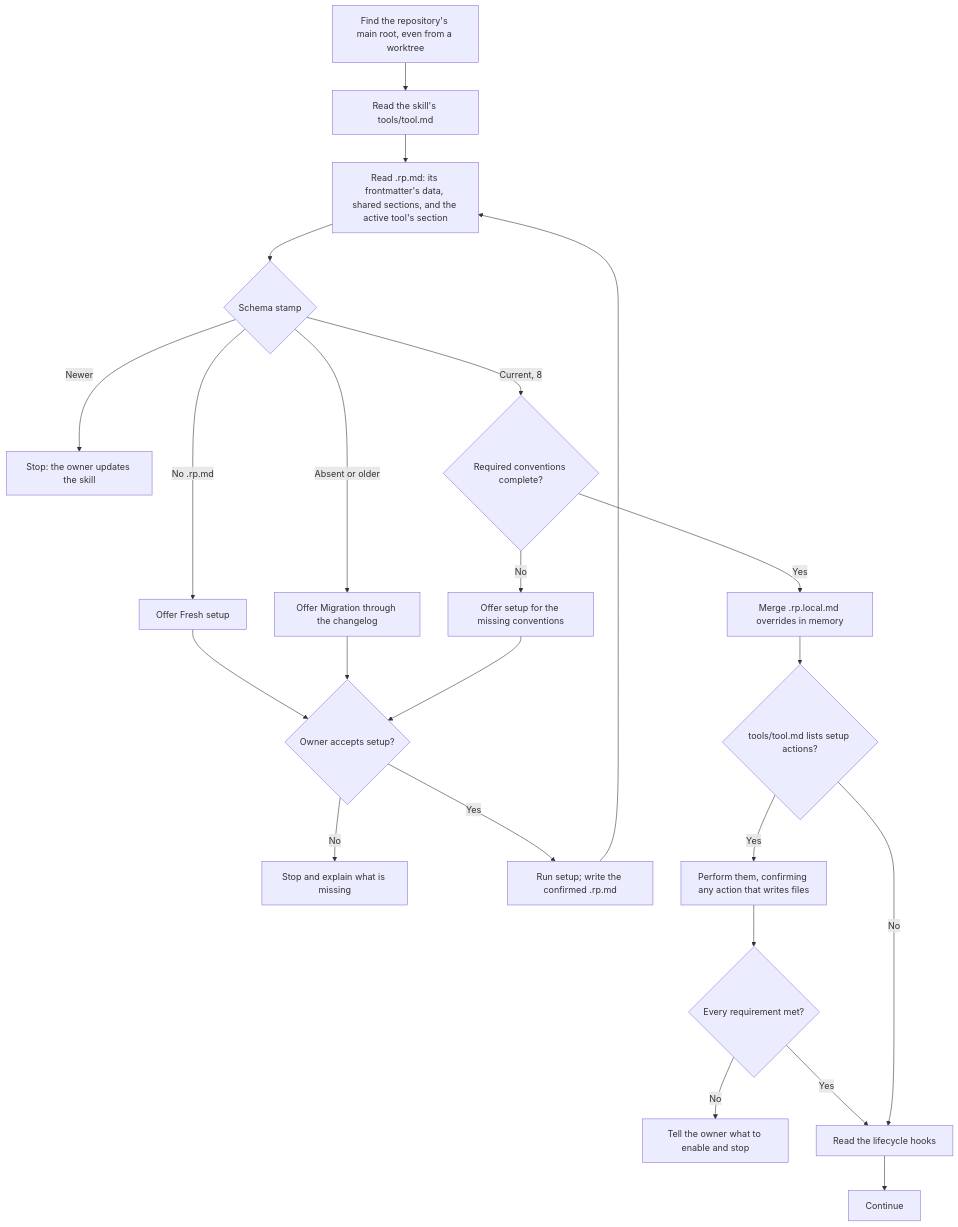
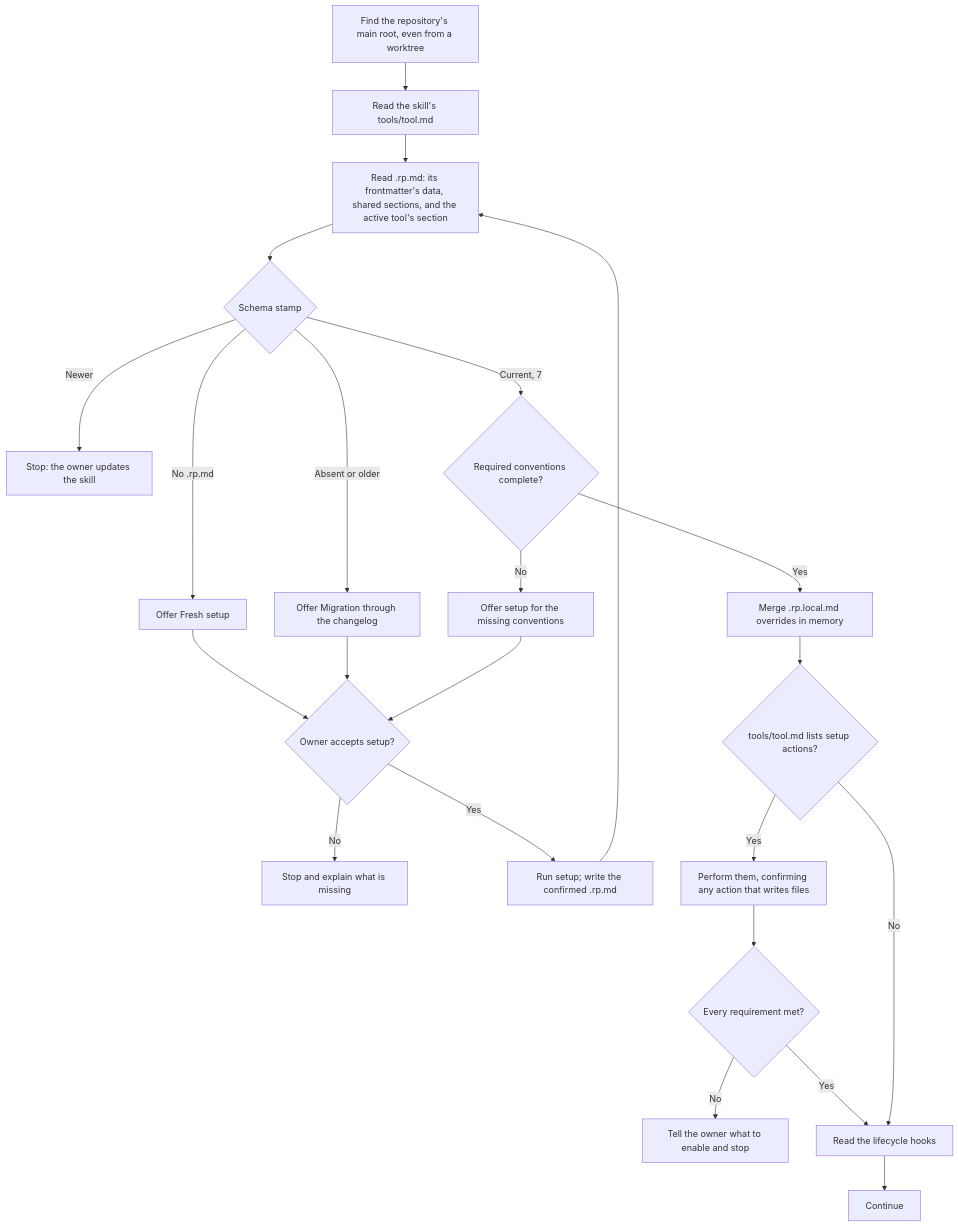
One commit to Automattic/radical-pipelines changed the diagram in docs/flowcharts/load-conventions.md. Above: the diagram before and after it, drawn with Mermaid. The commit also changed 17 other files, not shown here.

````diff
--- a/docs/flowcharts/load-conventions.md
+++ b/docs/flowcharts/load-conventions.md
@@ -5,25 +5,25 @@
 ```mermaid
 flowchart TD
     A["Find the repository's main root, even from a worktree"] --> B["Read the skill's tools/tool.md"]
     B --> C["Read .rp.md: its frontmatter's data, shared sections, and the active tool's section"]
     C --> H{"Schema stamp"}
     H -->|No .rp.md| I["Offer Fresh setup"]
     H -->|Absent or older| J["Offer Migration through the changelog"]
     H -->|Newer| L["Stop: the owner updates the skill"]
-    H -->|Current, 8| K{"Required conventions complete?"}
+    H -->|Current, 7| K{"Required conventions complete?"}
     I --> M{"Owner accepts setup?"}
     J --> M
     K -->|No| N["Offer setup for the missing conventions"]
     N --> M
     M -->|No| STOP["Stop and explain what is missing"]
     M -->|Yes| SETUP["Run setup; write the confirmed .rp.md"]
     SETUP --> C
     K -->|Yes| G["Merge .rp.local.md overrides in memory"]
     G --> T{"tools/tool.md lists setup actions?"}
     T -->|Yes| TA["Perform them, confirming any action that writes files"]
     TA --> TR{"Every requirement met?"}
     TR -->|No| TSTOP["Tell the owner what to enable and stop"]
     TR -->|Yes| P
     T -->|No| P["Read the lifecycle hooks"]
     P --> Q["Continue"]
 ```
````
